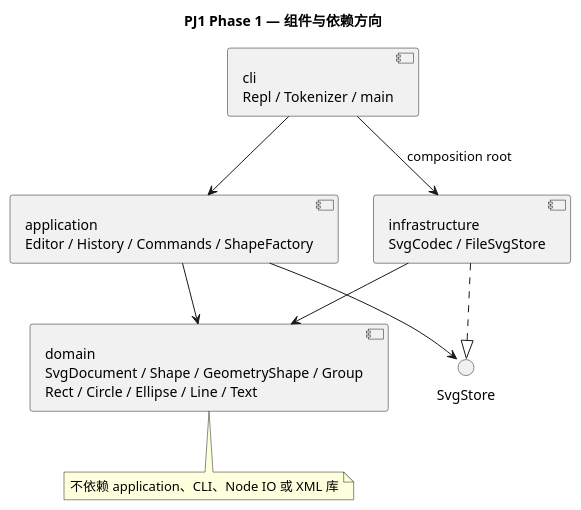
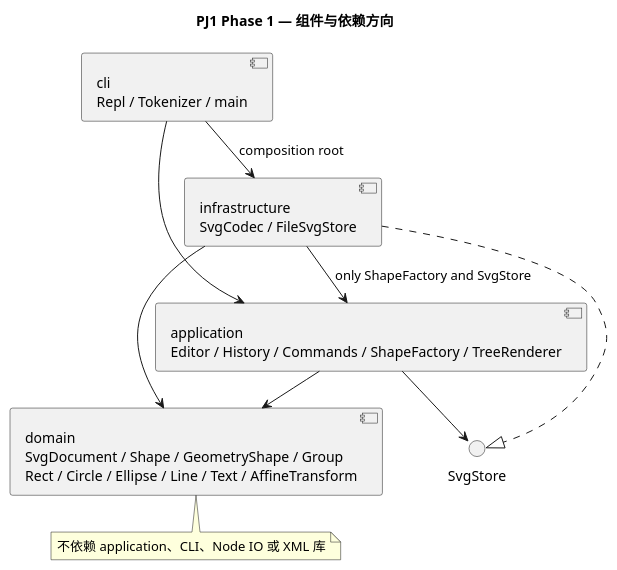
Before and after one commit to loading-9/pj1-svg-editor: the diagram in doc/architecture.puml, drawn with PlantUML. The commit also changed 11 other files, not shown here.

```diff
--- a/doc/architecture.puml
+++ b/doc/architecture.puml
@@ -1,17 +1,19 @@
 @startuml
+!pragma layout smetana
 title PJ1 Phase 1 — 组件与依赖方向
 component "cli\nRepl / Tokenizer / main" as cli
-component "application\nEditor / History / Commands / ShapeFactory" as app
-component "domain\nSvgDocument / Shape / GeometryShape / Group\nRect / Circle / Ellipse / Line / Text" as domain
+component "application\nEditor / History / Commands / ShapeFactory / TreeRenderer" as app
+component "domain\nSvgDocument / Shape / GeometryShape / Group\nRect / Circle / Ellipse / Line / Text / AffineTransform" as domain
 component "infrastructure\nSvgCodec / FileSvgStore" as infra
 interface "SvgStore" as port
 cli --> app
 cli --> infra : composition root
 app --> domain
 app --> port
 infra ..|> port
 infra --> domain
+infra --> app : only ShapeFactory and SvgStore
 note bottom of domain
   不依赖 application、CLI、Node IO 或 XML 库
 end note
 @enduml
```
